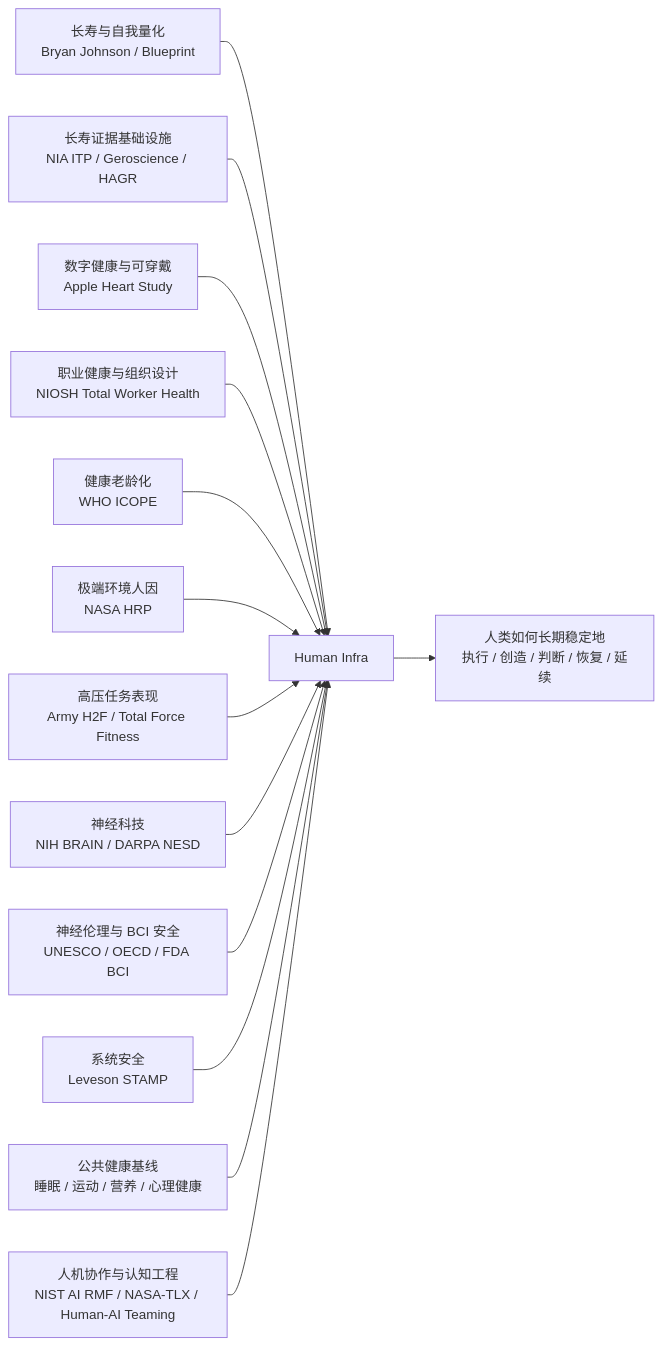
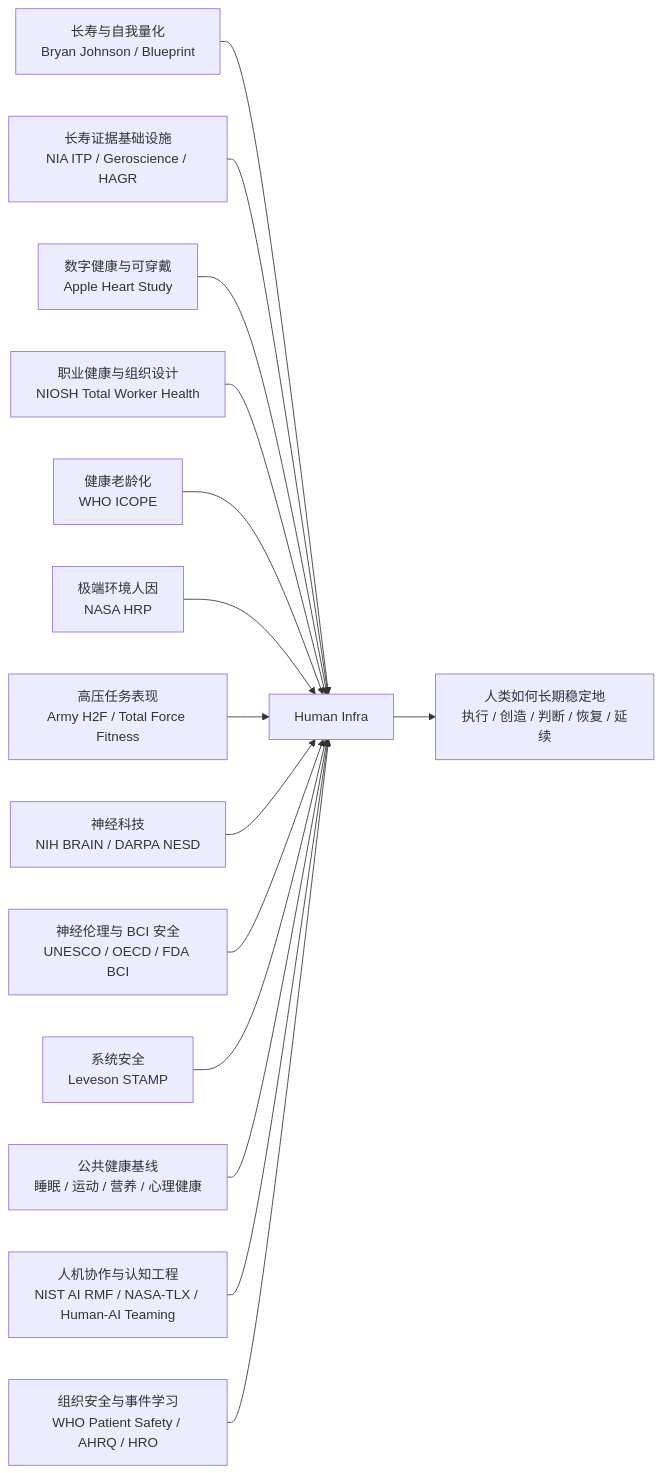
One commit to 123olp/ys changed the first of 4 diagrams in README.md. Above: the diagram before and after it, drawn with Mermaid. The commit also changed other lines of this file and 2 other files, not shown here.

Commit message:
docs: add organizational safety evidence

````diff
--- a/README.md
+++ b/README.md
@@ -22,17 +22,18 @@
 ```mermaid
 flowchart LR
     A[长寿与自我量化<br/>Bryan Johnson / Blueprint] --> H[Human Infra]
     L[长寿证据基础设施<br/>NIA ITP / Geroscience / HAGR] --> H
     B[数字健康与可穿戴<br/>Apple Heart Study] --> H
     C[职业健康与组织设计<br/>NIOSH Total Worker Health] --> H
     D[健康老龄化<br/>WHO ICOPE] --> H
     E[极端环境人因<br/>NASA HRP] --> H
     F[高压任务表现<br/>Army H2F / Total Force Fitness] --> H
     G[神经科技<br/>NIH BRAIN / DARPA NESD] --> H
     N[神经伦理与 BCI 安全<br/>UNESCO / OECD / FDA BCI] --> H
     I[系统安全<br/>Leveson STAMP] --> H
     K[公共健康基线<br/>睡眠 / 运动 / 营养 / 心理健康] --> H
     M[人机协作与认知工程<br/>NIST AI RMF / NASA-TLX / Human-AI Teaming] --> H
+    O[组织安全与事件学习<br/>WHO Patient Safety / AHRQ / HRO] --> H
 
     H --> J[人类如何长期稳定地<br/>执行 / 创造 / 判断 / 恢复 / 延续]
 ```
````
